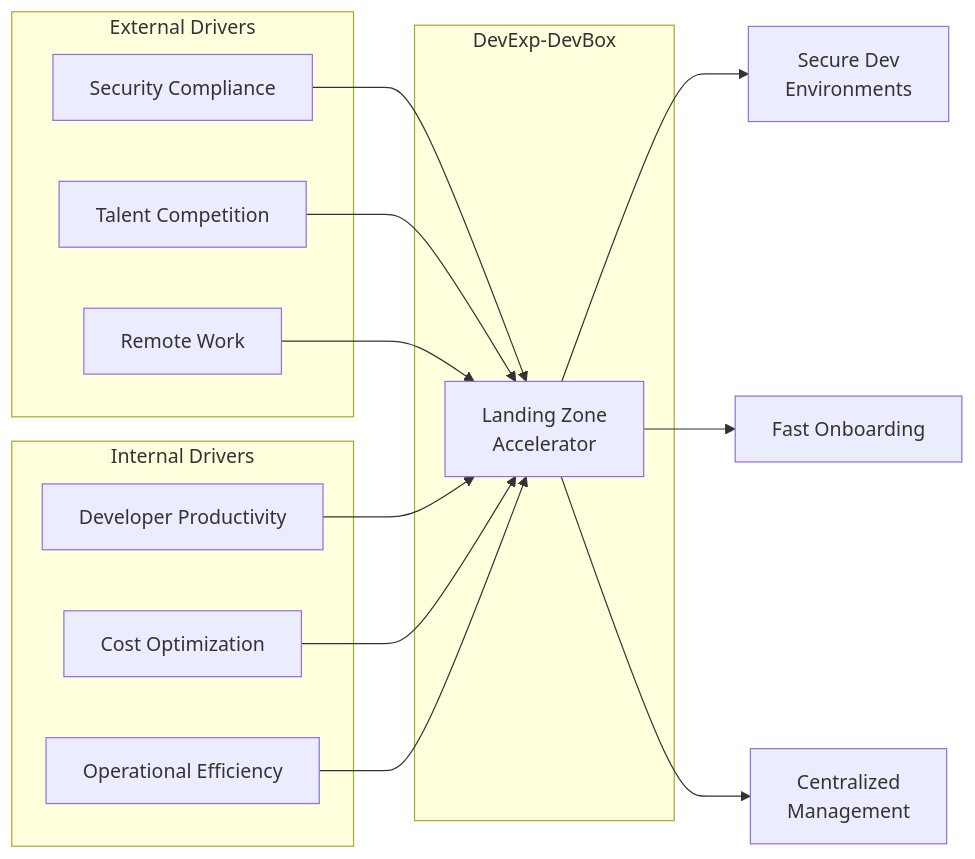
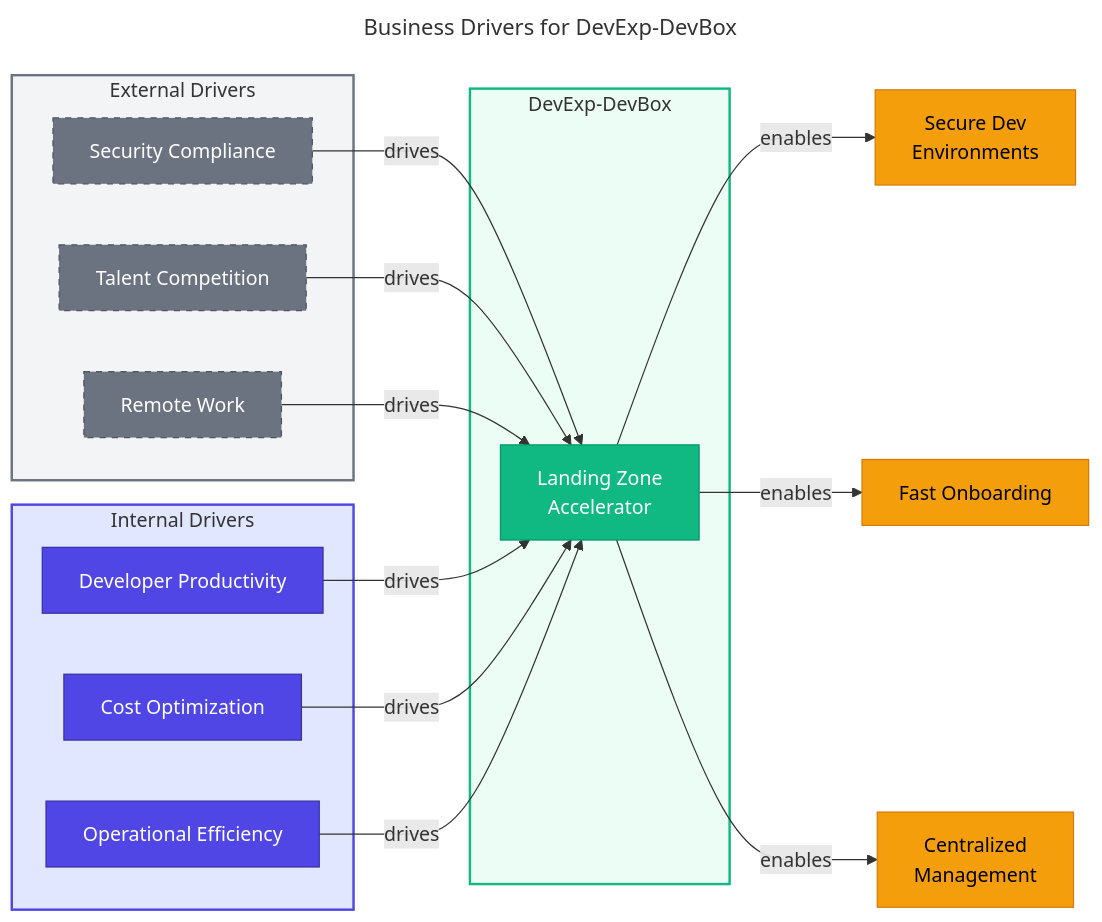
One commit to Evilazaro/DevExp-DevBox changed the second of 8 diagrams in docs/architecture/01-business-architecture.md. Above: the diagram before and after it, drawn with Mermaid. The commit also changed other lines of this file, not shown here.

Commit message:
Refactor business architecture documentation to enhance clarity and detail in diagrams and value propositions

````diff
--- a/docs/architecture/01-business-architecture.md
+++ b/docs/architecture/01-business-architecture.md
@@ -136,29 +139,54 @@
 ```mermaid
+---
+title: Business Drivers for DevExp-DevBox
+---
 flowchart LR
+    %% ===== STYLE DEFINITIONS =====
+    classDef external fill:#6B7280,stroke:#4B5563,color:#FFFFFF,stroke-dasharray:5 5
+    classDef primary fill:#4F46E5,stroke:#3730A3,color:#FFFFFF
+    classDef secondary fill:#10B981,stroke:#059669,color:#FFFFFF
+    classDef datastore fill:#F59E0B,stroke:#D97706,color:#000000
+
+    %% ===== EXTERNAL DRIVERS =====
     subgraph External["External Drivers"]
-        A[Security Compliance]
-        B[Talent Competition]
-        C[Remote Work]
+        A["Security Compliance"]
+        B["Talent Competition"]
+        C["Remote Work"]
     end
 
+    %% ===== INTERNAL DRIVERS =====
     subgraph Internal["Internal Drivers"]
-        D[Developer Productivity]
-        E[Cost Optimization]
-        F[Operational Efficiency]
+        D["Developer Productivity"]
+        E["Cost Optimization"]
+        F["Operational Efficiency"]
     end
 
+    %% ===== SOLUTION =====
     subgraph Solution["DevExp-DevBox"]
-        G[Landing Zone<br/>Accelerator]
+        G["Landing Zone<br/>Accelerator"]
     end
 
-    A --> G
-    B --> G
-    C --> G
-    D --> G
-    E --> G
-    F --> G
+    %% ===== CONNECTIONS =====
+    A -->|"drives"| G
+    B -->|"drives"| G
+    C -->|"drives"| G
+    D -->|"drives"| G
+    E -->|"drives"| G
+    F -->|"drives"| G
 
-    G --> H[Secure Dev<br/>Environments]
-    G --> I[Fast Onboarding]
-    G --> J[Centralized<br/>Management]
+    %% ===== OUTCOMES =====
+    G -->|"enables"| H["Secure Dev<br/>Environments"]
+    G -->|"enables"| I["Fast Onboarding"]
+    G -->|"enables"| J["Centralized<br/>Management"]
+
+    %% ===== APPLY STYLES =====
+    class A,B,C external
+    class D,E,F primary
+    class G secondary
+    class H,I,J datastore
+
+    %% ===== SUBGRAPH STYLING =====
+    style External fill:#F3F4F6,stroke:#6B7280,stroke-width:2px
+    style Internal fill:#E0E7FF,stroke:#4F46E5,stroke-width:2px
+    style Solution fill:#ECFDF5,stroke:#10B981,stroke-width:2px
 ```
````
